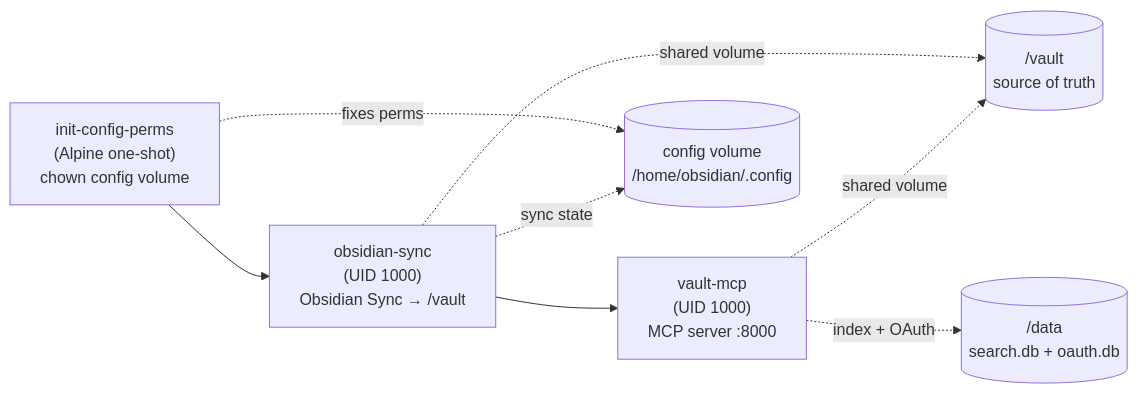
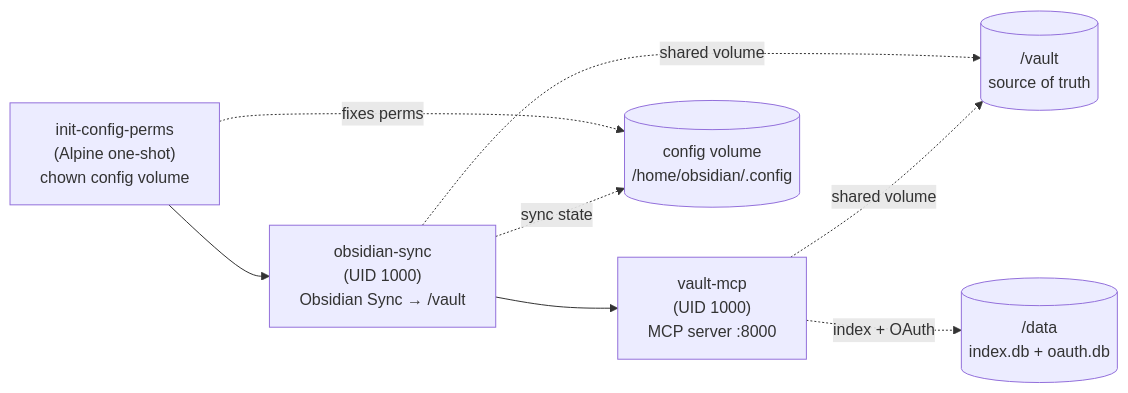
One commit to aliasunder/vault-cortex changed the third of 3 diagrams in ARCHITECTURE.md. Above: the diagram before and after it, drawn with Mermaid. The commit also changed 7 other files, not shown here.

````diff
--- a/ARCHITECTURE.md
+++ b/ARCHITECTURE.md
@@ -153,10 +153,10 @@
 ```mermaid
 graph LR
     A["init-config-perms<br/>(Alpine one-shot)<br/>chown config volume"] --> B["obsidian-sync<br/>(UID 1000)<br/>Obsidian Sync → /vault"]
     B --> C["vault-mcp<br/>(UID 1000)<br/>MCP server :8000"]
     B -.->|shared volume| D[("/vault<br/>source of truth")]
     C -.->|shared volume| D
-    C -.->|index + OAuth| E[("/data<br/>search.db + oauth.db")]
+    C -.->|index + OAuth| E[("/data<br/>index.db + oauth.db")]
     A -.->|fixes perms| F[("config volume<br/>/home/obsidian/.config")]
     B -.->|sync state| F
 ```
````
